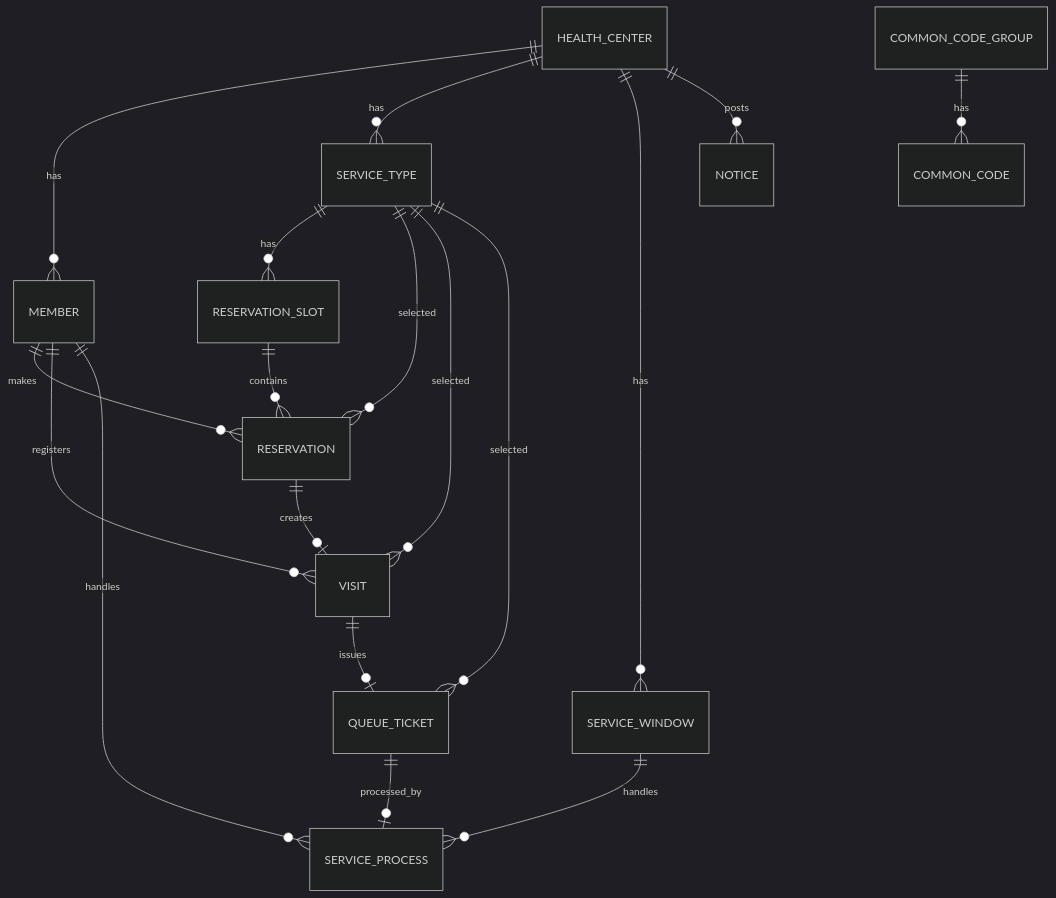
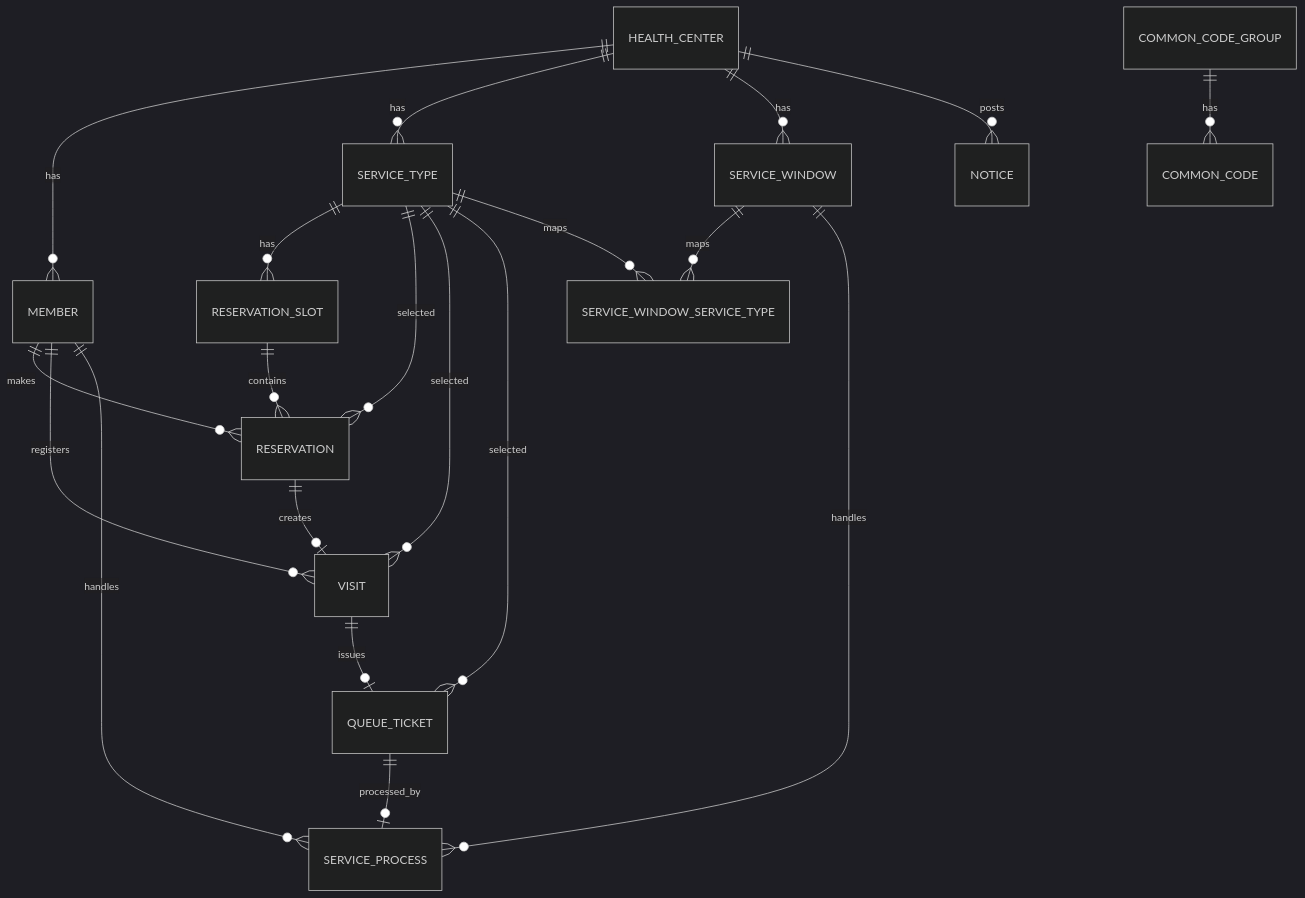
Before and after one commit to yellow-pang/health-center-smart-reservation: the diagram in docs/03_database/01_ERD_및_테이블_명세서.md, drawn with Mermaid (dark theme). The commit also changed other lines of this file and 20 other files, not shown here.

````diff
--- a/docs/03_database/01_ERD_및_테이블_명세서.md
+++ b/docs/03_database/01_ERD_및_테이블_명세서.md
@@ -15,25 +15,28 @@
 ```mermaid
 erDiagram
     HEALTH_CENTER ||--o{ MEMBER : has
     HEALTH_CENTER ||--o{ SERVICE_TYPE : has
     HEALTH_CENTER ||--o{ SERVICE_WINDOW : has
     HEALTH_CENTER ||--o{ NOTICE : posts
 
     MEMBER ||--o{ RESERVATION : makes
     MEMBER ||--o{ VISIT : registers
     MEMBER ||--o{ SERVICE_PROCESS : handles
 
     SERVICE_TYPE ||--o{ RESERVATION_SLOT : has
     SERVICE_TYPE ||--o{ RESERVATION : selected
     SERVICE_TYPE ||--o{ VISIT : selected
     SERVICE_TYPE ||--o{ QUEUE_TICKET : selected
 
+    SERVICE_WINDOW ||--o{ SERVICE_WINDOW_SERVICE_TYPE : maps
+    SERVICE_TYPE ||--o{ SERVICE_WINDOW_SERVICE_TYPE : maps
+
     RESERVATION_SLOT ||--o{ RESERVATION : contains
     RESERVATION ||--o| VISIT : creates
     VISIT ||--o| QUEUE_TICKET : issues
 
     SERVICE_WINDOW ||--o{ SERVICE_PROCESS : handles
     QUEUE_TICKET ||--o| SERVICE_PROCESS : processed_by
 
     COMMON_CODE_GROUP ||--o{ COMMON_CODE : has
 ```
````
